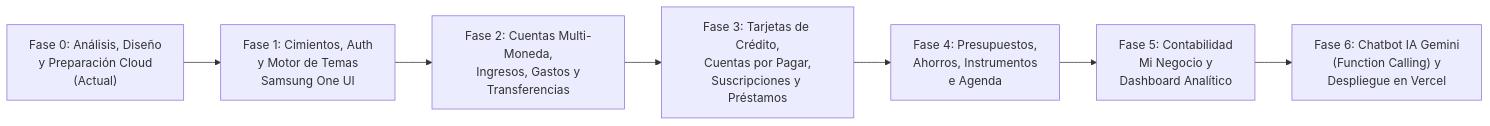
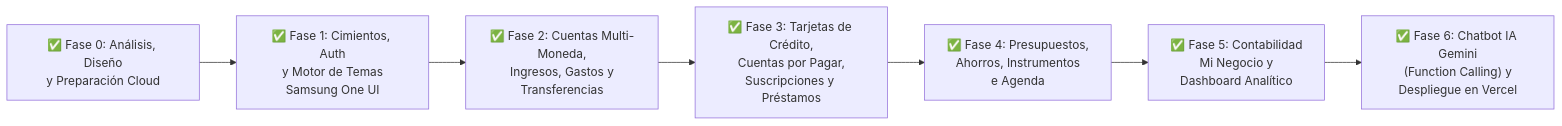
One commit to derafato30-hub/MisAhorros changed the diagram in docs/06_PLAN_DE_FASES_Y_TODO_LIST.md. Above: the diagram before and after it, drawn with Mermaid. The commit also changed other lines of this file and 2 other files, not shown here.

````diff
--- a/docs/06_PLAN_DE_FASES_Y_TODO_LIST.md
+++ b/docs/06_PLAN_DE_FASES_Y_TODO_LIST.md
@@ -10,9 +10,9 @@
 ```mermaid
 flowchart LR
-    F0["Fase 0: Análisis, Diseño\ny Preparación Cloud\n(Actual)"] --> F1["Fase 1: Cimientos, Auth\ny Motor de Temas\nSamsung One UI"]
-    F1 --> F2["Fase 2: Cuentas Multi-Moneda,\nIngresos, Gastos y\nTransferencias"]
-    F2 --> F3["Fase 3: Tarjetas de Crédito,\nCuentas por Pagar,\nSuscripciones y Préstamos"]
-    F3 --> F4["Fase 4: Presupuestos,\nAhorros, Instrumentos\ne Agenda"]
-    F4 --> F5["Fase 5: Contabilidad\nMi Negocio y\nDashboard Analítico"]
-    F5 --> F6["Fase 6: Chatbot IA Gemini\n(Function Calling) y\nDespliegue en Vercel"]
+    F0["✅ Fase 0: Análisis, Diseño\ny Preparación Cloud"] --> F1["✅ Fase 1: Cimientos, Auth\ny Motor de Temas\nSamsung One UI"]
+    F1 --> F2["✅ Fase 2: Cuentas Multi-Moneda,\nIngresos, Gastos y\nTransferencias"]
+    F2 --> F3["✅ Fase 3: Tarjetas de Crédito,\nCuentas por Pagar,\nSuscripciones y Préstamos"]
+    F3 --> F4["✅ Fase 4: Presupuestos,\nAhorros, Instrumentos\ne Agenda"]
+    F4 --> F5["✅ Fase 5: Contabilidad\nMi Negocio y\nDashboard Analítico"]
+    F5 --> F6["✅ Fase 6: Chatbot IA Gemini\n(Function Calling) y\nDespliegue en Vercel"]
 ```
````
